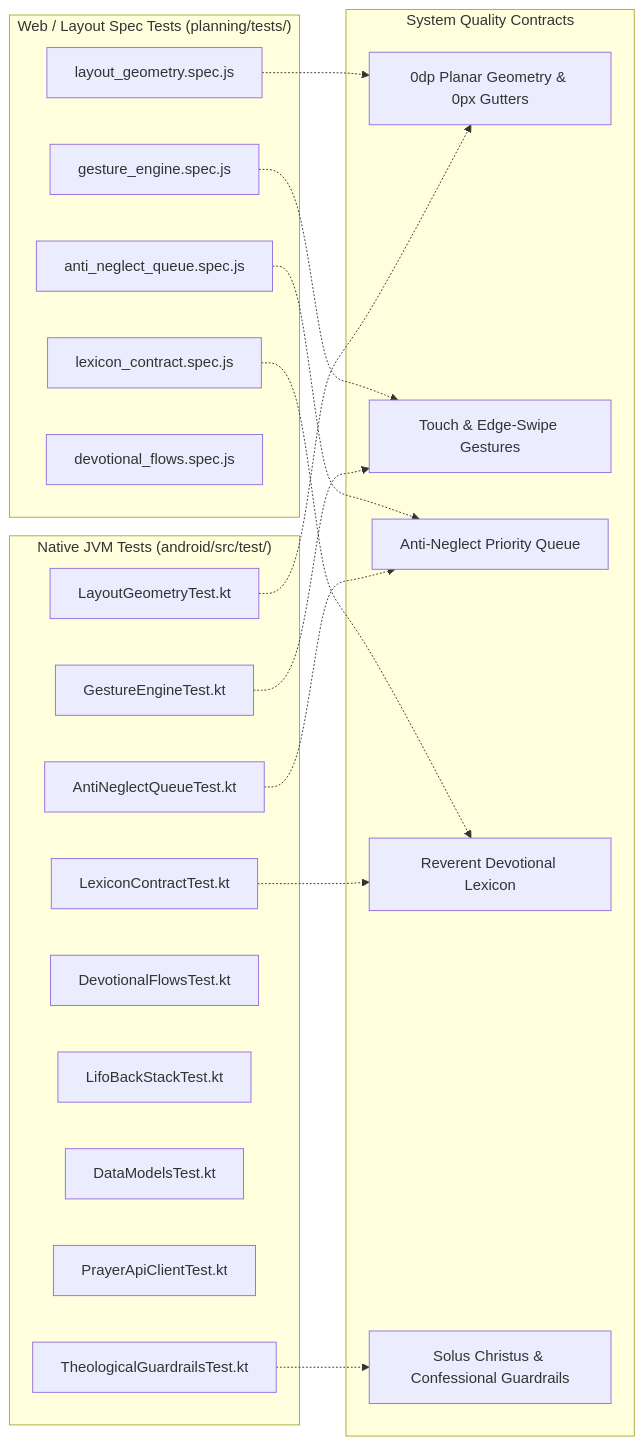
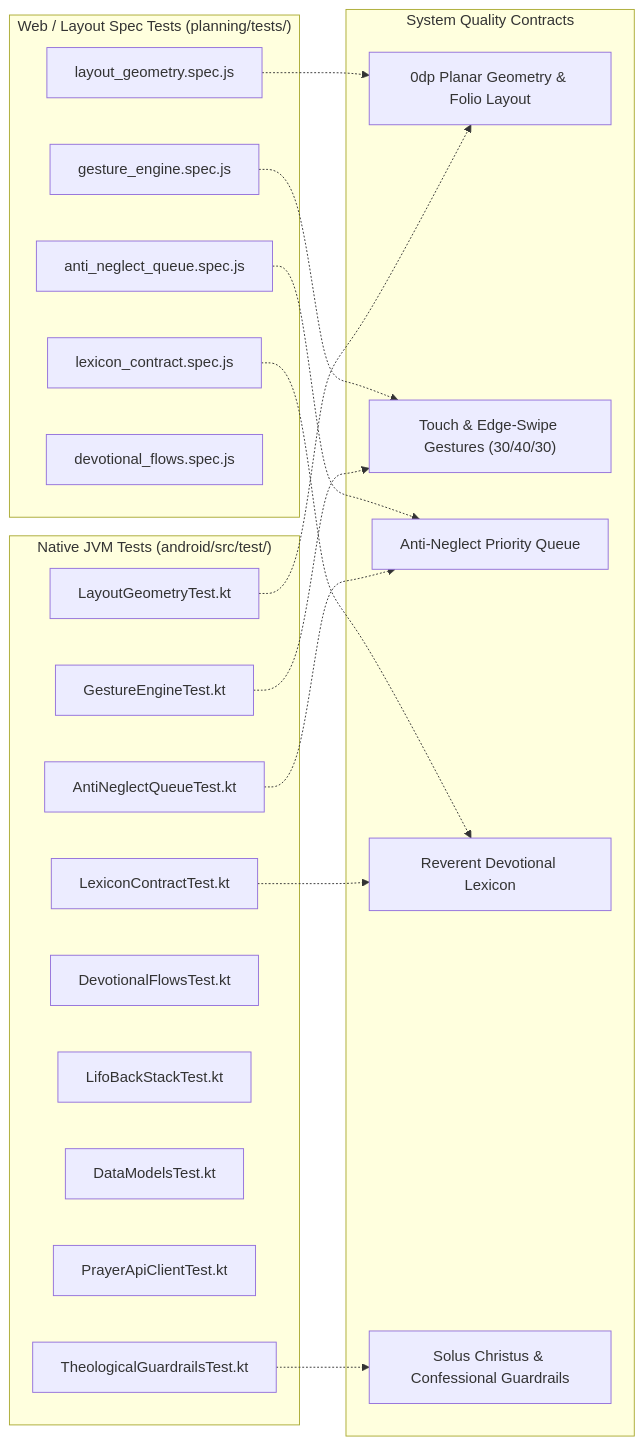
Before and after one commit to iamenianc/Prayer: the eighth of 8 diagrams in planning/codebase_knowledge_graph.md, drawn with Mermaid. The commit also changed other lines of this file and 37 other files, not shown here.

````diff
--- a/planning/codebase_knowledge_graph.md
+++ b/planning/codebase_knowledge_graph.md
@@ -468,40 +371,40 @@
 ```mermaid
 graph LR
     subgraph Spec_Tests ["Web / Layout Spec Tests (planning/tests/)"]
         P_GEO["layout_geometry.spec.js"]
         P_GES["gesture_engine.spec.js"]
         P_QUE["anti_neglect_queue.spec.js"]
         P_LEX["lexicon_contract.spec.js"]
         P_FLO["devotional_flows.spec.js"]
     end
 
     subgraph JVM_Tests ["Native JVM Tests (android/src/test/)"]
         J_GEO["LayoutGeometryTest.kt"]
         J_GES["GestureEngineTest.kt"]
         J_QUE["AntiNeglectQueueTest.kt"]
         J_LEX["LexiconContractTest.kt"]
         J_FLO["DevotionalFlowsTest.kt"]
         J_LIFO["LifoBackStackTest.kt"]
         J_MOD["DataModelsTest.kt"]
         J_API["PrayerApiClientTest.kt"]
         J_THEO["TheologicalGuardrailsTest.kt"]
     end
 
     subgraph System_Contracts ["System Quality Contracts"]
-        C_GEO["0dp Planar Geometry & 0px Gutters"]
-        C_GES["Touch & Edge-Swipe Gestures"]
+        C_GEO["0dp Planar Geometry & Folio Layout"]
+        C_GES["Touch & Edge-Swipe Gestures (30/40/30)"]
         C_QUE["Anti-Neglect Priority Queue"]
         C_LEX["Reverent Devotional Lexicon"]
         C_THEO["Solus Christus & Confessional Guardrails"]
     end
 
     P_GEO -.-> C_GEO
     J_GEO -.-> C_GEO
     P_GES -.-> C_GES
     J_GES -.-> C_GES
     P_QUE -.-> C_QUE
     J_QUE -.-> C_QUE
     P_LEX -.-> C_LEX
     J_LEX -.-> C_LEX
     J_THEO -.-> C_THEO
 ```
````
